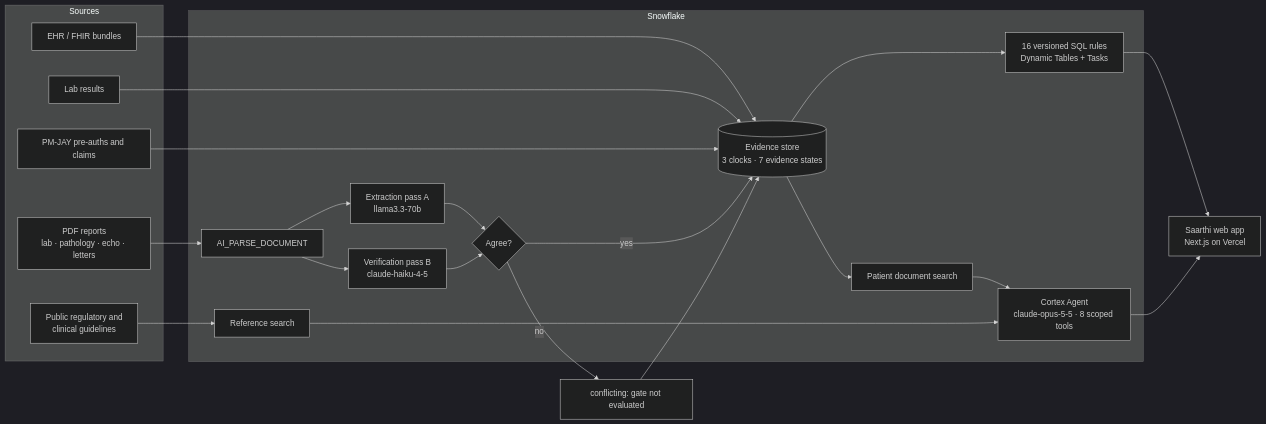
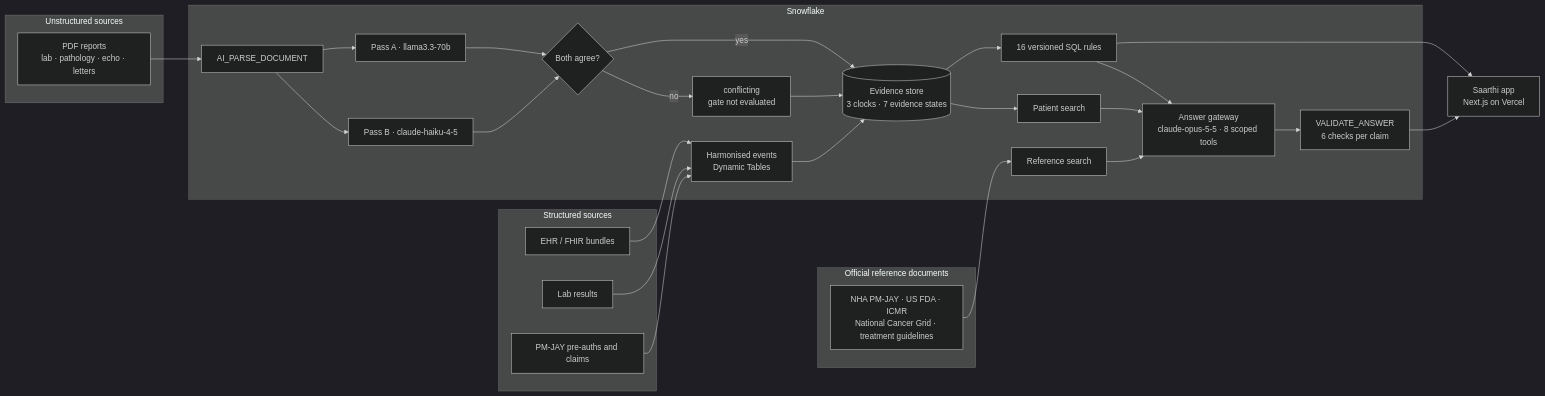
One commit to DanushArun/patient-360 changed the first of 2 diagrams in README.md. Above: the diagram before and after it, drawn with Mermaid (dark theme). The commit also changed other lines of this file and 2 other files, not shown here.

First line of the commit message:
Show the data, the citation checks and the official-source tracing in the README

````diff
--- a/README.md
+++ b/README.md
@@ -65,33 +78,41 @@
 ```mermaid
 flowchart LR
-    subgraph Sources
-        A[EHR / FHIR bundles]
-        B[Lab results]
-        C[PM-JAY pre-auths and claims]
-        D[PDF reports<br/>lab · pathology · echo · letters]
-        R[Public regulatory and<br/>clinical guidelines]
+    subgraph S["Structured sources"]
+        A["EHR / FHIR bundles"]
+        B["Lab results"]
+        C["PM-JAY pre-auths and claims"]
+    end
+    subgraph U["Unstructured sources"]
+        D["PDF reports<br/>lab · pathology · echo · letters"]
+    end
+    subgraph RS["Official reference documents"]
+        R["NHA PM-JAY · US FDA · ICMR<br/>National Cancer Grid · treatment guidelines"]
     end
 
-    subgraph Snowflake
-        P[AI_PARSE_DOCUMENT]
-        X1[Extraction pass A<br/>llama3.3-70b]
-        X2[Verification pass B<br/>claude-haiku-4-5]
-        V{Agree?}
-        E[(Evidence store<br/>3 clocks · 7 evidence states)]
-        G[16 versioned SQL rules<br/>Dynamic Tables + Tasks]
-        S1[Patient document search]
-        S2[Reference search]
-        AG[Cortex Agent<br/>claude-opus-5-5 · 8 scoped tools]
+    subgraph SF["Snowflake"]
+        H["Harmonised events<br/>Dynamic Tables"]
+        P["AI_PARSE_DOCUMENT"]
+        X1["Pass A · llama3.3-70b"]
+        X2["Pass B · claude-haiku-4-5"]
+        V{"Both agree?"}
+        CF["conflicting<br/>gate not evaluated"]
+        E[("Evidence store<br/>3 clocks · 7 evidence states")]
+        G["16 versioned SQL rules"]
+        S1["Patient search"]
+        S2["Reference search"]
+        AG["Answer gateway<br/>claude-opus-5-5 · 8 scoped tools"]
+        VA["VALIDATE_ANSWER<br/>6 checks per claim"]
     end
 
-    UI[Saarthi web app<br/>Next.js on Vercel]
+    UI["Saarthi app<br/>Next.js on Vercel"]
 
-    A & B & C --> E
+    A & B & C --> H --> E
     D --> P --> X1 & X2 --> V
     V -- yes --> E
-    V -- no --> CF[conflicting: gate not evaluated] --> E
+    V -- no --> CF --> E
     E --> G --> UI
     E --> S1 --> AG
     R --> S2 --> AG
-    AG --> UI
+    G --> AG
+    AG --> VA --> UI
 ```
````
